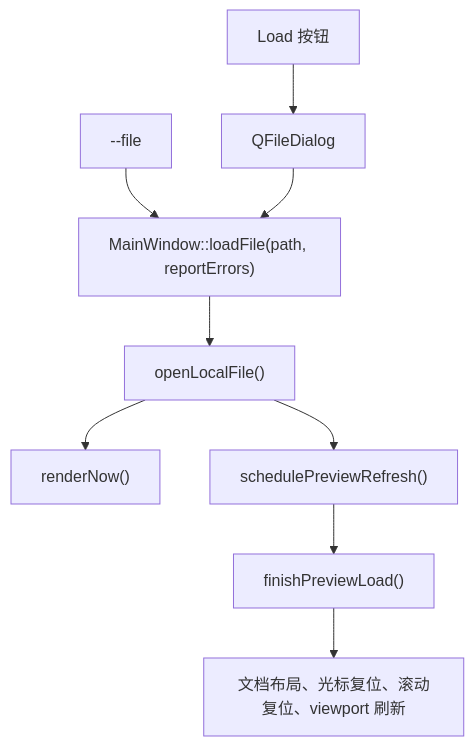
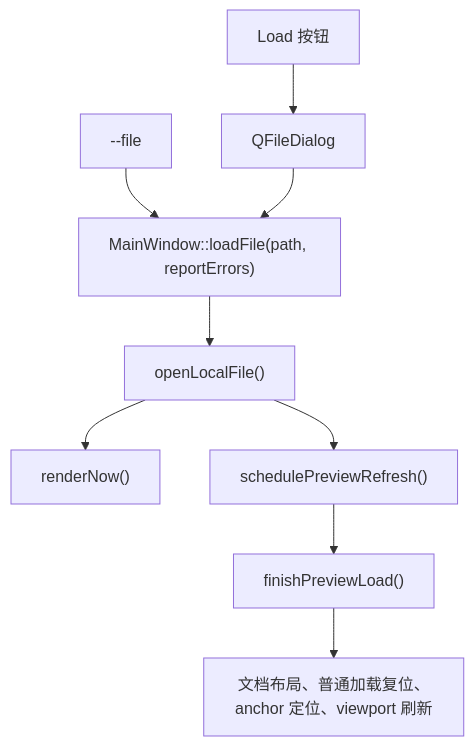
Before and after one commit to iLogIng/qt-rich-text-renderer: the second of 12 diagrams in docs/FLOW.md, drawn with Mermaid. The commit also changed other lines of this file and 4 other files, not shown here.

````diff
--- a/docs/FLOW.md
+++ b/docs/FLOW.md
@@ -51,10 +51,10 @@
 ```mermaid
 flowchart TD
     A["--file"] --> C["MainWindow::loadFile(path, reportErrors)"]
     B["Load 按钮"] --> D["QFileDialog"] --> C
     C --> E["openLocalFile()"]
     E --> F["renderNow()"]
     E --> G["schedulePreviewRefresh()"]
     G --> H["finishPreviewLoad()"]
-    H --> I["文档布局、光标复位、滚动复位、viewport 刷新"]
+    H --> I["文档布局、普通加载复位、anchor 定位、viewport 刷新"]
 ```
````
